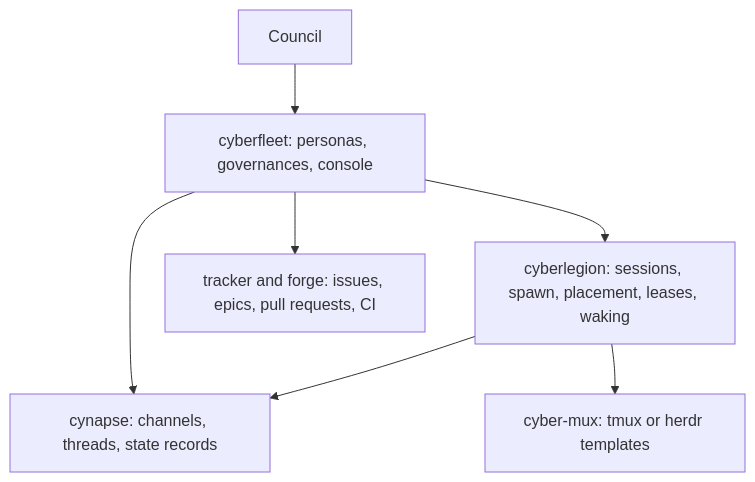
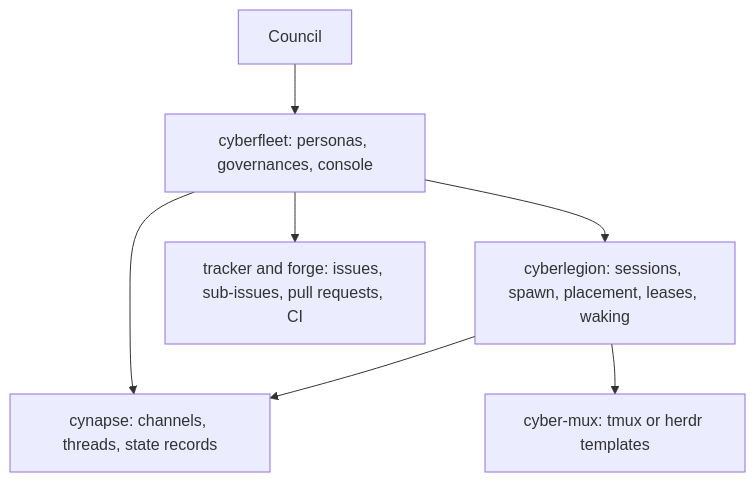
Before and after one commit to cyberuni/cyberfleet: the first of 2 diagrams in .agents/specs/cyberfleet/design/model.md, drawn with Mermaid. The commit also changed other lines of this file and 14 other files, not shown here.

````diff
--- a/.agents/specs/cyberfleet/design/model.md
+++ b/.agents/specs/cyberfleet/design/model.md
@@ -13,9 +13,9 @@
 ```mermaid
 flowchart TD
   C["Council"] --> CF["cyberfleet: personas, governances, console"]
   CF --> CY["cynapse: channels, threads, state records"]
   CF --> CL["cyberlegion: sessions, spawn, placement, leases, waking"]
-  CF --> T["tracker and forge: issues, epics, pull requests, CI"]
+  CF --> T["tracker and forge: issues, sub-issues, pull requests, CI"]
   CL --> CY
   CL --> MX["cyber-mux: tmux or herdr templates"]
 ```
````
